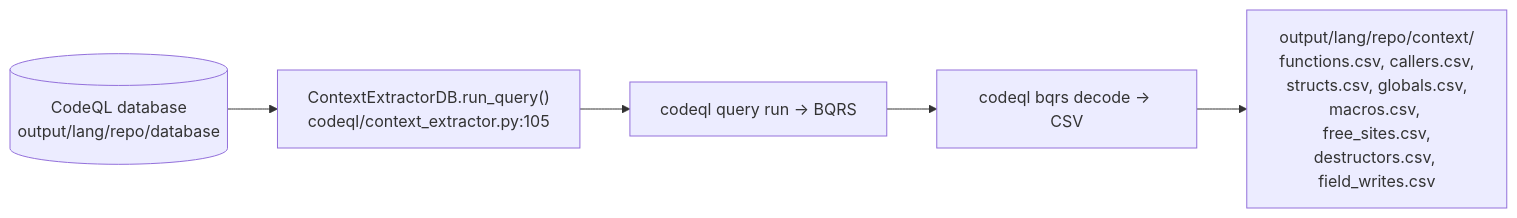
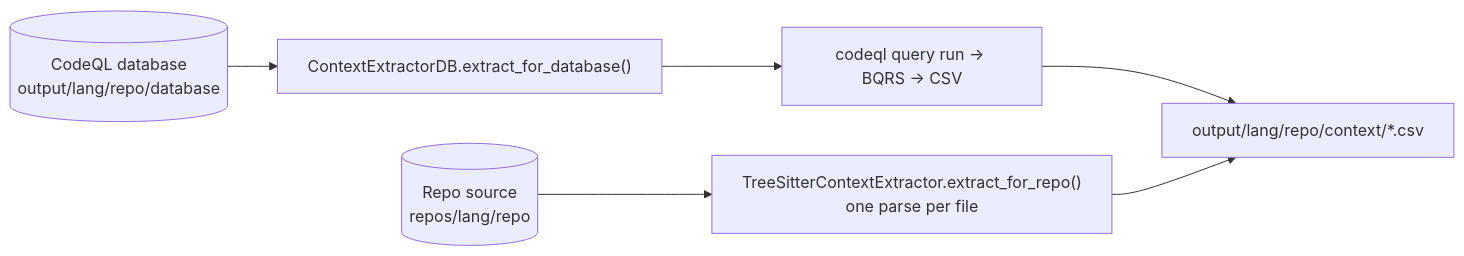
One commit to vinsoc-cyber/VulnHunterX changed the second of 2 diagrams in docs/context-extraction-flow.md. Above: the diagram before and after it, drawn with Mermaid. The commit also changed other lines of this file and 14 other files, not shown here.

````diff
--- a/docs/context-extraction-flow.md
+++ b/docs/context-extraction-flow.md
@@ -54,7 +68,8 @@
 ```mermaid
 flowchart LR
-    DB[("CodeQL database<br/>output/lang/repo/database")] --> CE["ContextExtractorDB.run_query()<br/>codeql/context_extractor.py:105"]
-    CE --> Run["codeql query run → BQRS"]
-    Run --> Decode["codeql bqrs decode → CSV"]
-    Decode --> Out["output/lang/repo/context/<br/>functions.csv, callers.csv,<br/>structs.csv, globals.csv,<br/>macros.csv, free_sites.csv,<br/>destructors.csv, field_writes.csv"]
+    DB[("CodeQL database<br/>output/lang/repo/database")] --> CE["ContextExtractorDB.extract_for_database()"]
+    CE --> Run["codeql query run → BQRS → CSV"]
+    SRC[("Repo source<br/>repos/lang/repo")] --> TS["TreeSitterContextExtractor.extract_for_repo()<br/>one parse per file"]
+    Run --> Out["output/lang/repo/context/*.csv"]
+    TS --> Out
 ```
````
